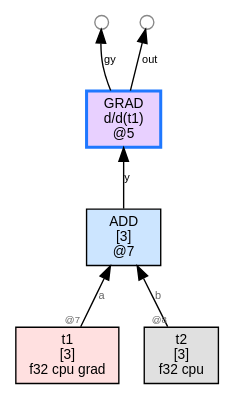
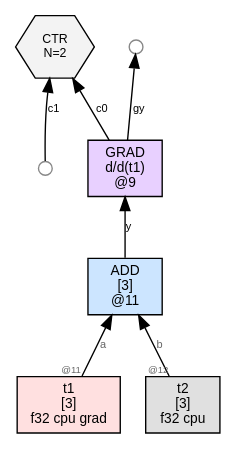
Before and after one commit to sw1sh/TinyHVM: the diagram in wl/examples/thvm_graphs/grad_rules/add/thvm_0_pre_reduce.dot, drawn with Graphviz. The commit also changed 184 other files, not shown here.

First line of the commit message:
grad: NUM(1) seed; CTR consumer; STOP_AFTER_SWEEP; keep ADD intermediate

```diff
--- a/wl/examples/thvm_graphs/grad_rules/add/thvm_0_pre_reduce.dot
+++ b/wl/examples/thvm_graphs/grad_rules/add/thvm_0_pre_reduce.dot
@@ -1,17 +1,19 @@
 digraph G {
   rankdir=BT;
   node [fontname="Helvetica", fontsize=10, style=filled, shape=box, margin="0.1,0.05"];
   edge [fontsize=8, fontname="Helvetica"];
 
-  n7 [label="ADD\n[3]\n@7", shape=box, fillcolor="#cce5ff"];
+  n9 [label="GRAD\nd/d(t1)\n@9", shape=box, fillcolor="#e8d0ff"];
+  n11 -> n9 [label="y"];
+  free9_1 [label="",shape=circle,width=0.14,height=0.14,fixedsize=true,fillcolor="#ffffff",color="#888888",fontsize=1];
+  n9 -> free9_1 [label="gy"];
+  n11 [label="ADD\n[3]\n@11", shape=box, fillcolor="#cce5ff"];
   t1 [label="t1\n[3]\nf32 cpu grad",shape=box,fillcolor="#ffe0e0"];
-  t1 -> n7 [label="a",taillabel="@7",labelfontsize=7,fontcolor="#666666"];
+  t1 -> n11 [label="a",taillabel="@11",labelfontsize=7,fontcolor="#666666"];
   t2 [label="t2\n[3]\nf32 cpu",shape=box,fillcolor="#e0e0e0"];
-  t2 -> n7 [label="b",taillabel="@8",labelfontsize=7,fontcolor="#666666"];
-  n5 [label="GRAD\nd/d(t1)\n@5", shape=box, fillcolor="#e8d0ff",color="#1f78ff",penwidth=2.2];
-  n7 -> n5 [label="y"];
-  free5_1 [label="",shape=circle,width=0.14,height=0.14,fixedsize=true,fillcolor="#ffffff",color="#888888",fontsize=1];
-  n5 -> free5_1 [label="gy"];
-  free5_1000 [label="",shape=circle,width=0.14,height=0.14,fixedsize=true,fillcolor="#ffffff",color="#888888",fontsize=1];
-  n5 -> free5_1000 [label="out"];
+  t2 -> n11 [label="b",taillabel="@12",labelfontsize=7,fontcolor="#666666"];
+  ctr7 [label="CTR\nN=2", shape=hexagon, fillcolor="#f3f3f3", fontsize=9];
+  n9 -> ctr7 [label="c0"];
+  free7_1 [label="",shape=circle,width=0.14,height=0.14,fixedsize=true,fillcolor="#ffffff",color="#888888",fontsize=1];
+  free7_1 -> ctr7 [label="c1"];
 }
```
